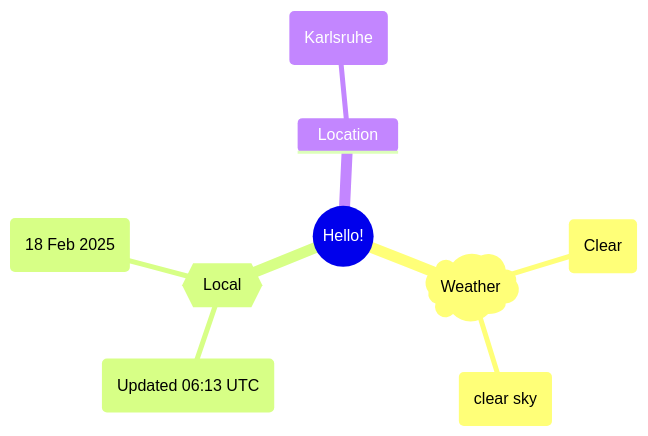
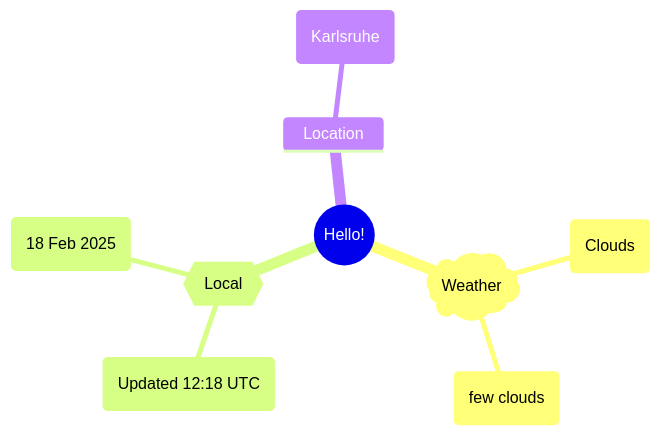
The first of 2 diagrams in README.md (Xosrov/Xosrov), drawn with Mermaid before and after one commit.

Commit message:
[bot] updated images

````diff
--- a/README.md
+++ b/README.md
@@ -3,12 +3,12 @@
 ```mermaid
 mindmap
   root((Hello!))
     )Weather(
-        (Clear)
-        (clear sky)
+        (Clouds)
+        (few clouds)
     {{Local}}
-        (Updated 06:13 UTC)
+        (Updated 12:18 UTC)
         (18 Feb 2025)
     Location
         (Karlsruhe)
 ```
````
